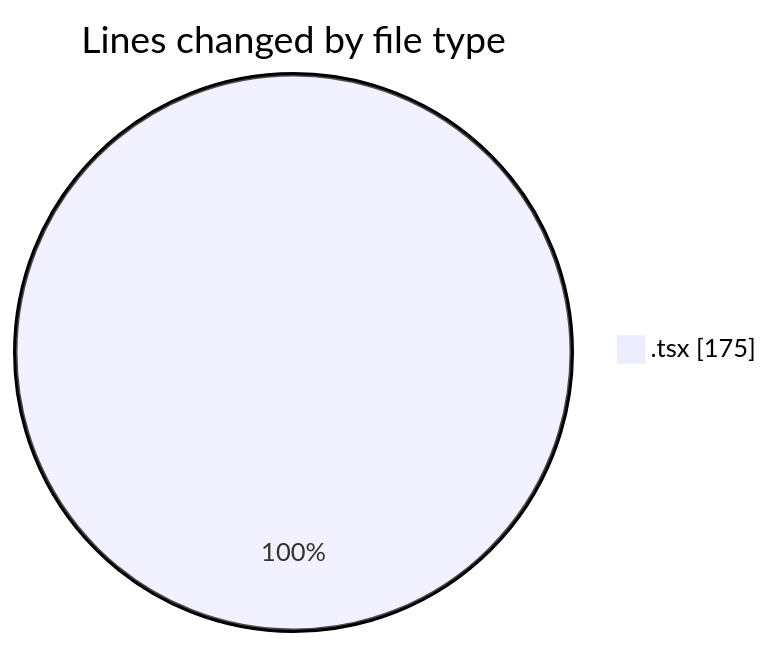
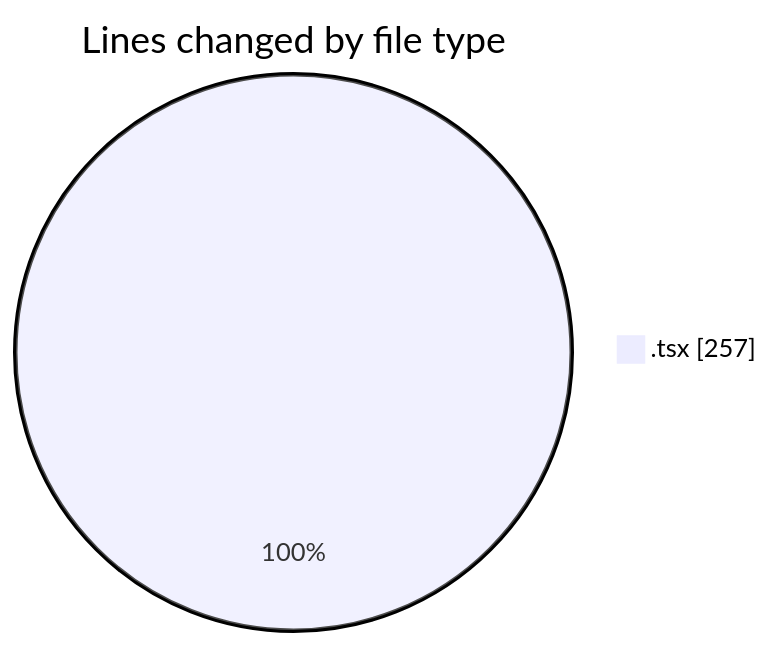
Before and after one commit to nxtqubesakshisongat/code-tracking: the first of 2 diagrams in 2026-03-15/nxtqube_webapp/README.md, drawn with Mermaid. The commit also changed other lines of this file and 1 other file, not shown here.

````diff
--- a/2026-03-15/nxtqube_webapp/README.md
+++ b/2026-03-15/nxtqube_webapp/README.md
@@ -20,5 +20,5 @@
 ```mermaid
 pie showData
 title Lines changed by file type
-".tsx" : 175
+".tsx" : 257
 ```
````
